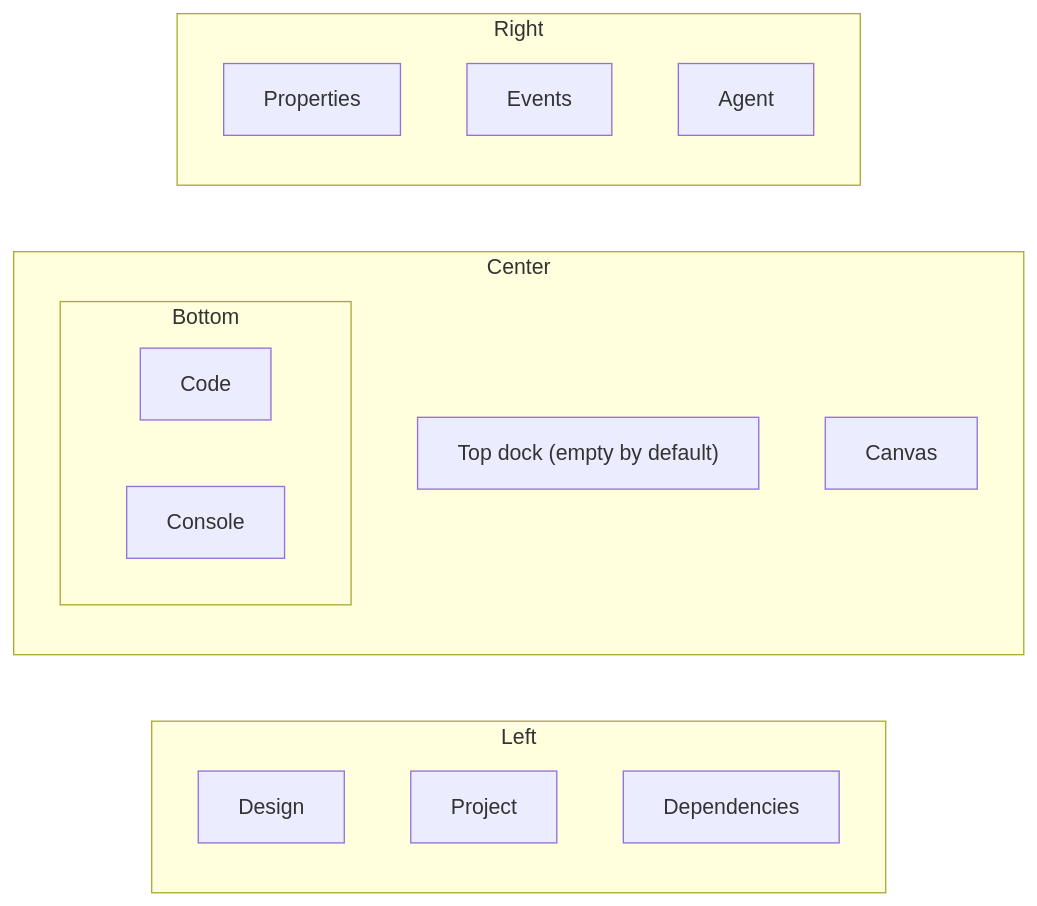
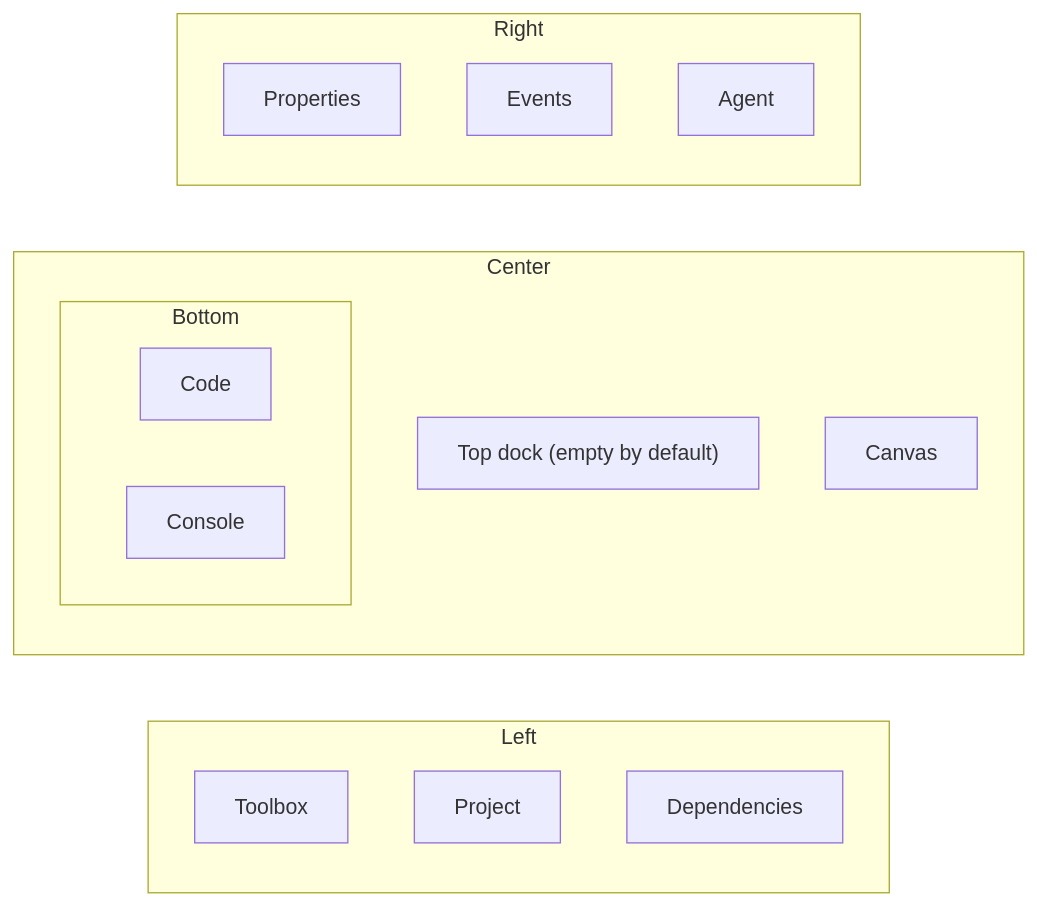
One commit to albakore/pyzed changed the diagram in docs/src/content/docs/editor/menus-and-commands.md. Above: the diagram before and after it, drawn with Mermaid. The commit also changed other lines of this file and 28 other files, not shown here.

First line of the commit message:
✨ Color component icons by role in Pyzed Design and rename the Design tab to Toolbox

````diff
--- a/docs/src/content/docs/editor/menus-and-commands.md
+++ b/docs/src/content/docs/editor/menus-and-commands.md
@@ -178,21 +178,21 @@
 ```mermaid
 flowchart LR
     subgraph Left
-        Design
+        Toolbox
         Project
         Dependencies
     end
     subgraph Center
         Top["Top dock (empty by default)"]
         Canvas
         subgraph Bottom
             Code
             Console
         end
     end
     subgraph Right
         Properties
         Events
         Agent
     end
 ```
````
